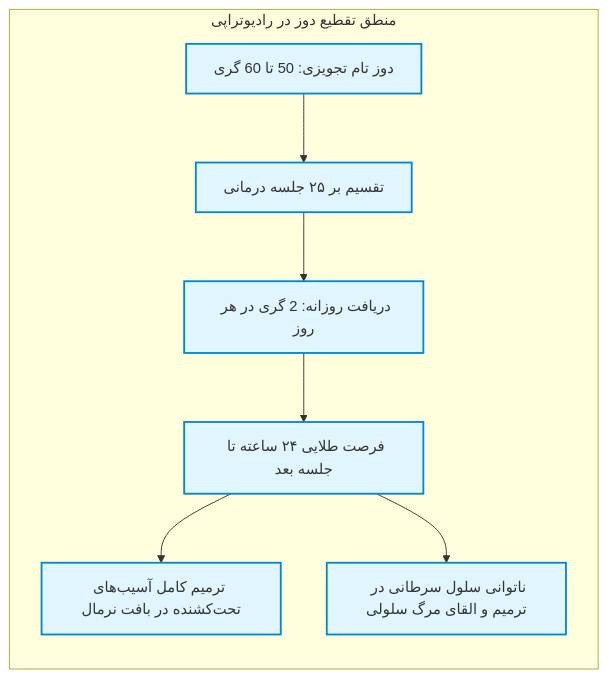
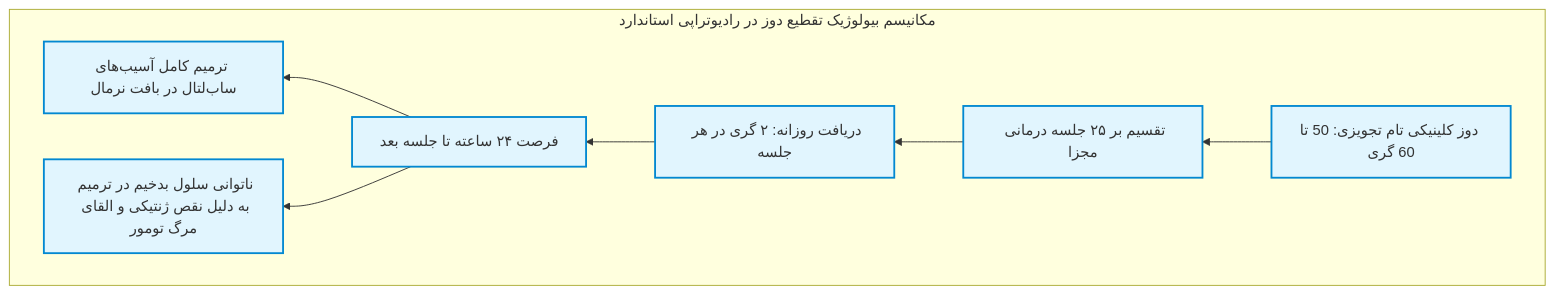
Before and after one commit to neopulse-hub/-TUMS-1402-2-material-notes-: the tenth of 13 diagrams in 05/فیزیک پزشکی/پایان‌ترم/رادیوتراپی.md, drawn with Mermaid. The commit also changed other lines of this file, not shown here.

````diff
--- a/05/فیزیک پزشکی/پایان‌ترم/رادیوتراپی.md
+++ b/05/فیزیک پزشکی/پایان‌ترم/رادیوتراپی.md
@@ -70,12 +326,13 @@
 ```mermaid
-flowchart LR
-    subgraph منطق تقطیع دوز در رادیوتراپی
-        A["دوز تام تجویزی: 50 تا 60 گری"] --> B["تقسیم بر ۲۵ جلسه درمانی"]
-        B --> C["دریافت روزانه: 2 گری در هر روز"]
-        C --> D["فرصت طلایی ۲۴ ساعته تا جلسه بعد"]
-        D --> E["ترمیم کامل آسیب‌های تحت‌کشنده در بافت نرمال"]
-        D --> F["ناتوانی سلول سرطانی در ترمیم و القای مرگ سلولی"]
+flowchart TD
+    subgraph مکانیسم بیولوژیک تقطیع دوز در رادیوتراپی استاندارد
+    direction RL
+        A["دوز کلینیکی تام تجویزی: 50 تا 60 گری"] --> B["تقسیم بر ۲۵ جلسه درمانی مجزا"]
+        B --> C["دریافت روزانه: ۲ گری در هر جلسه"]
+        C --> D["فرصت ۲۴ ساعته تا جلسه بعد"]
+        D --> E["ترمیم کامل آسیب‌های ساب‌لتال در بافت نرمال"]
+        D --> F["ناتوانی سلول بدخیم در ترمیم به دلیل نقص ژنتیکی و القای مرگ تومور"]
     end
     classDef frac fill:#e1f5fe,stroke:#0288d1,stroke-width:2px;
     class A,B,C,D,E,F frac;
 ```
````
